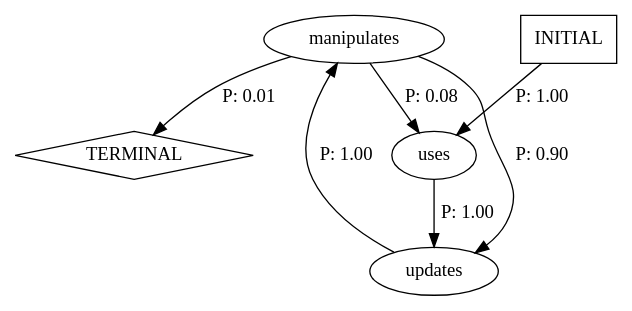
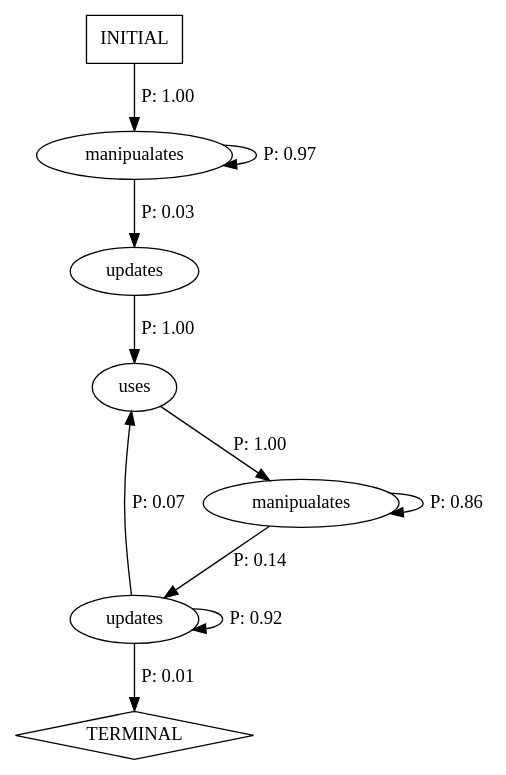
Before and after one commit to xyw0025/cs520-in-class-exercise-4: the diagram in tictactoe-v02/rowGameApp-arch.dot, drawn with Graphviz. The commit also changed 5 other files, not shown here.

Commit message:
Feat: traces, inferred model and graph

```diff
--- a/tictactoe-v02/rowGameApp-arch.dot
+++ b/tictactoe-v02/rowGameApp-arch.dot
@@ -1,13 +1,19 @@
 digraph G {
-  0 [label="manipulates"];
-  1 [label="updates"];
-  2 [label="uses"];
-  3 [label="TERMINAL",shape=diamond];
-  4 [label="INITIAL",shape=box];
-0->1 [label="P: 0.90"];
-0->2 [label="P: 0.08"];
-0->3 [label="P: 0.01"];
-1->0 [label="P: 1.00"];
-2->1 [label="P: 1.00"];
-4->2 [label="P: 1.00"];
+  0 [label="manipualates"];
+  1 [label="manipualates"];
+  2 [label="updates"];
+  3 [label="updates"];
+  4 [label="uses"];
+  5 [label="TERMINAL",shape=diamond];
+  6 [label="INITIAL",shape=box];
+0->0 [label="P: 0.97"];
+0->2 [label="P: 0.03"];
+1->1 [label="P: 0.86"];
+1->3 [label="P: 0.14"];
+2->4 [label="P: 1.00"];
+3->3 [label="P: 0.92"];
+3->4 [label="P: 0.07"];
+3->5 [label="P: 0.01"];
+4->1 [label="P: 1.00"];
+6->0 [label="P: 1.00"];
 }
```
